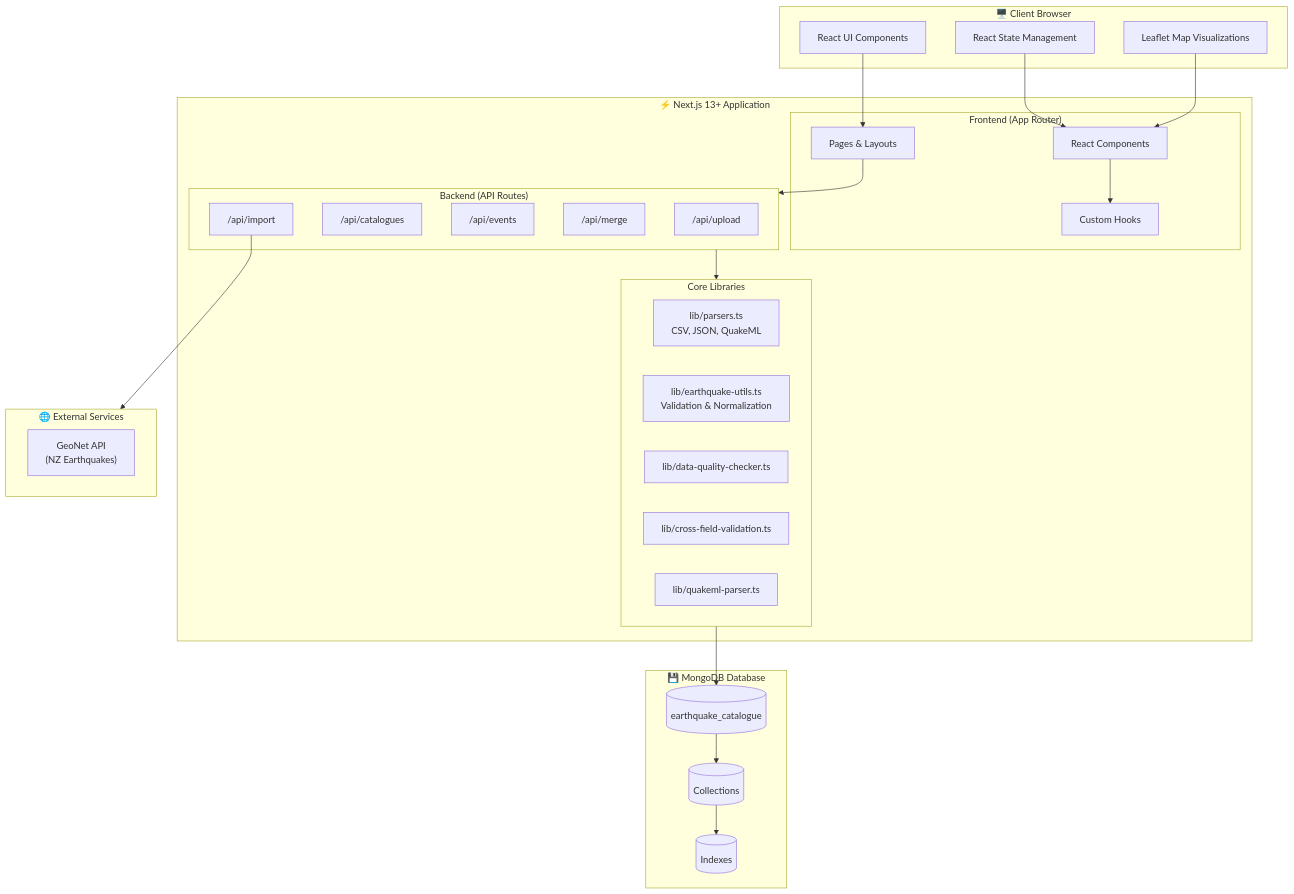
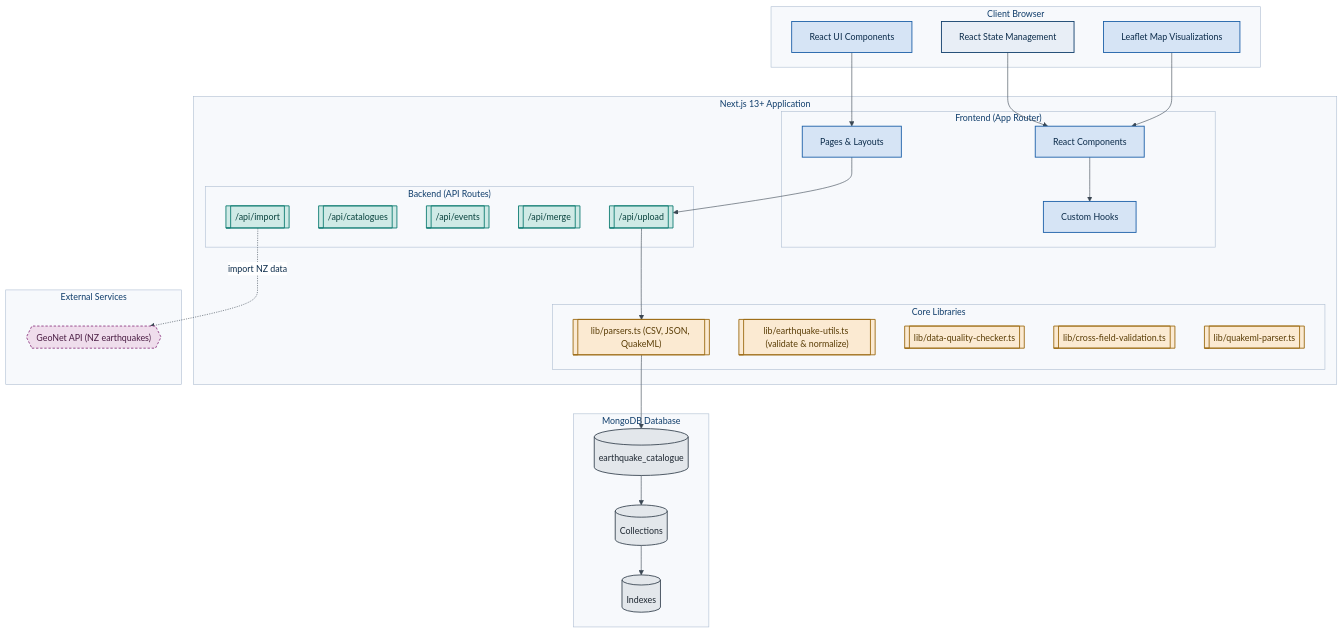
Before and after one commit to KennyGraham1/catalogofcatalogs: the diagram in docs/source/developer-guide/architecture.rst, drawn with Mermaid. The commit also changed 14 other files, not shown here.

```diff
--- a/docs/source/developer-guide/architecture.rst
+++ b/docs/source/developer-guide/architecture.rst
@@ -24,56 +24,85 @@
 .. mermaid::
+   :align: center
 
+   %%{init: {"theme":"base","themeVariables":{"fontFamily":"Inter, \"Helvetica Neue\", Arial, sans-serif","fontSize":"15px","lineColor":"#3A4753","primaryColor":"#D6E4F5","primaryBorderColor":"#1B5FA8","primaryTextColor":"#0B2B4A","secondaryColor":"#CFEAE6","tertiaryColor":"#FBEAD2","mainBkg":"#D6E4F5","nodeBorder":"#1B5FA8","clusterBkg":"#F7F9FC","clusterBorder":"#AEBED2","titleColor":"#0F3D6B","edgeLabelBackground":"#FFFFFF"}}}%%
    flowchart TB
-       subgraph Client["🖥️ Client Browser"]
+       subgraph Client["Client Browser"]
            UI["React UI Components"]
            State["React State Management"]
            Maps["Leaflet Map Visualizations"]
        end
-       
-       subgraph NextJS["⚡ Next.js 13+ Application"]
+
+       subgraph NextJS["Next.js 13+ Application"]
            subgraph Frontend["Frontend (App Router)"]
-               Pages["Pages & Layouts"]
+               Pages["Pages &amp; Layouts"]
                Components["React Components"]
                Hooks["Custom Hooks"]
            end
-           
+
            subgraph Backend["Backend (API Routes)"]
-               UploadAPI["/api/upload"]
-               CataloguesAPI["/api/catalogues"]
-               EventsAPI["/api/events"]
-               MergeAPI["/api/merge"]
-               ImportAPI["/api/import"]
+               UploadAPI[["/api/upload"]]
+               CataloguesAPI[["/api/catalogues"]]
+               EventsAPI[["/api/events"]]
+               MergeAPI[["/api/merge"]]
+               ImportAPI[["/api/import"]]
            end
-           
+
            subgraph Libraries["Core Libraries"]
-               Parsers["lib/parsers.ts<br/>CSV, JSON, QuakeML"]
-               EqUtils["lib/earthquake-utils.ts<br/>Validation & Normalization"]
-               QualityCheck["lib/data-quality-checker.ts"]
-               CrossField["lib/cross-field-validation.ts"]
-               QuakeML["lib/quakeml-parser.ts"]
+               Parsers[["lib/parsers.ts (CSV, JSON, QuakeML)"]]
+               EqUtils[["lib/earthquake-utils.ts (validate &amp; normalize)"]]
+               QualityCheck[["lib/data-quality-checker.ts"]]
+               CrossField[["lib/cross-field-validation.ts"]]
+               QuakeML[["lib/quakeml-parser.ts"]]
            end
        end
-       
-       subgraph Database["💾 MongoDB Database"]
-           DB[(earthquake_catalogue)]
+
+       subgraph Database["MongoDB Database"]
+           DB[("earthquake_catalogue")]
            Collections[("Collections")]
            Indexes[("Indexes")]
        end
-       
-       subgraph External["🌐 External Services"]
-           GeoNet["GeoNet API<br/>(NZ Earthquakes)"]
+
+       subgraph ExternalSvc["External Services"]
+           GeoNet{{"GeoNet API (NZ earthquakes)"}}
        end
-       
+
        UI --> Pages
        State --> Components
        Maps --> Components
-       
-       Pages --> Backend
+
+       Pages --> UploadAPI
        Components --> Hooks
-       
-       Backend --> Libraries
-       Libraries --> DB
+
+       UploadAPI --> Parsers
+       Parsers --> DB
        DB --> Collections
        Collections --> Indexes
-       
-       ImportAPI --> External
+
+       ImportAPI -. "import NZ data" .-> GeoNet
+
+       class UI,Components,Hooks,Pages,Maps frontend
+       class State userAction
+       class UploadAPI,CataloguesAPI,EventsAPI,MergeAPI,ImportAPI backend
+       class Parsers,EqUtils,QualityCheck,CrossField,QuakeML library
+       class DB,Collections,Indexes datastore
+       class GeoNet external
+
+       classDef userAction fill:#E8EEF6,stroke:#0F3D6B,stroke-width:1.5px,color:#0B2B4A
+       classDef frontend fill:#D6E4F5,stroke:#1B5FA8,stroke-width:1.5px,color:#0B2B4A
+       classDef backend fill:#CFEAE6,stroke:#0E7C72,stroke-width:1.5px,color:#08423D
+       classDef library fill:#FBEAD2,stroke:#9C6A12,stroke-width:1.5px,color:#5A3D06
+       classDef datastore fill:#E3E7EB,stroke:#3A4753,stroke-width:1.5px,color:#1E2731
+       classDef external fill:#EFDDEC,stroke:#8E3A82,stroke-width:1.5px,color:#4A1C43,stroke-dasharray:4 3
+       classDef process fill:#FCEAD0,stroke:#D38B1E,stroke-width:1.5px,color:#5A3D06
+       classDef decision fill:#FFF3CC,stroke:#B8860B,stroke-width:1.5px,color:#5A4500
+       classDef success fill:#D5EFE0,stroke:#1B8A5A,stroke-width:1.5px,color:#0B3D27
+       classDef warning fill:#FBE0DA,stroke:#C24A2B,stroke-width:1.5px,color:#5E1C0C
+       classDef terminal fill:#1F2D3D,stroke:#0B1622,stroke-width:1.5px,color:#FFFFFF
+
+       style Client fill:#F7F9FC,stroke:#AEBED2,stroke-width:1px,color:#0F3D6B
+       style NextJS fill:#F7F9FC,stroke:#AEBED2,stroke-width:1px,color:#0F3D6B
+       style Frontend fill:#F7F9FC,stroke:#AEBED2,stroke-width:1px,color:#0F3D6B
+       style Backend fill:#F7F9FC,stroke:#AEBED2,stroke-width:1px,color:#0F3D6B
+       style Libraries fill:#F7F9FC,stroke:#AEBED2,stroke-width:1px,color:#0F3D6B
+       style Database fill:#F7F9FC,stroke:#AEBED2,stroke-width:1px,color:#0F3D6B
+       style ExternalSvc fill:#F7F9FC,stroke:#AEBED2,stroke-width:1px,color:#0F3D6B
```
